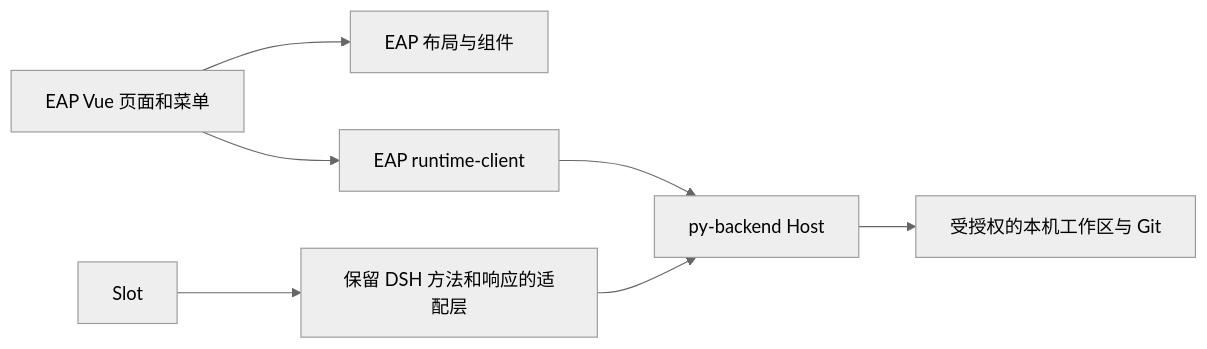
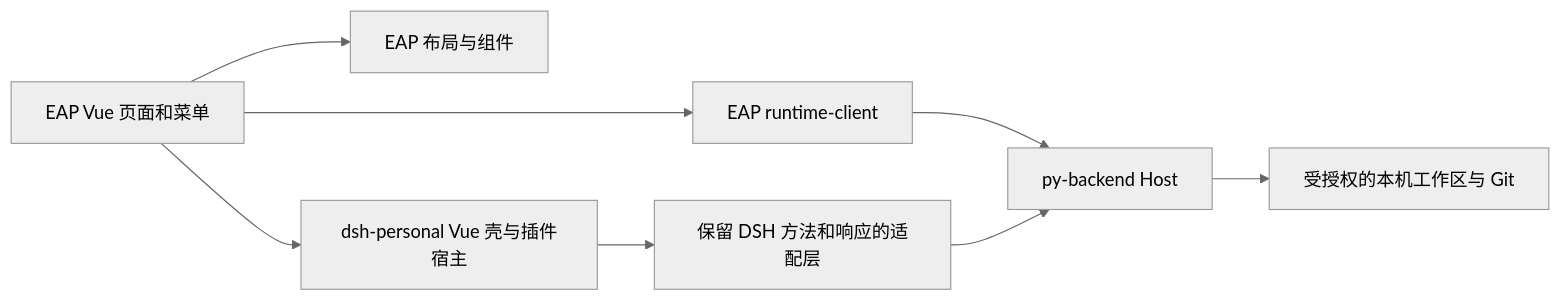
One commit to LiaoHan5426/Engineering-Automation-Platform changed the diagram in docs/decisions/dsh-personal-eap-vue-vite-roadmap.md. Above: the diagram before and after it, drawn with Mermaid (neutral theme). The commit also changed other lines of this file and 91 other files, not shown here.

````diff
--- a/docs/decisions/dsh-personal-eap-vue-vite-roadmap.md
+++ b/docs/decisions/dsh-personal-eap-vue-vite-roadmap.md
@@ -21,9 +25,10 @@
 ```mermaid
 flowchart LR
     EAP["EAP Vue 页面和菜单"] --> UI["EAP 布局与组件"]
     EAP --> API["EAP runtime-client"]
+    EAP --> Slot["dsh-personal Vue 壳与插件宿主"]
     Slot --> Adapter["保留 DSH 方法和响应的适配层"]
     API --> Host["py-backend Host"]
     Adapter --> Host
     Host --> Workspace["受授权的本机工作区与 Git"]
 ```
````
